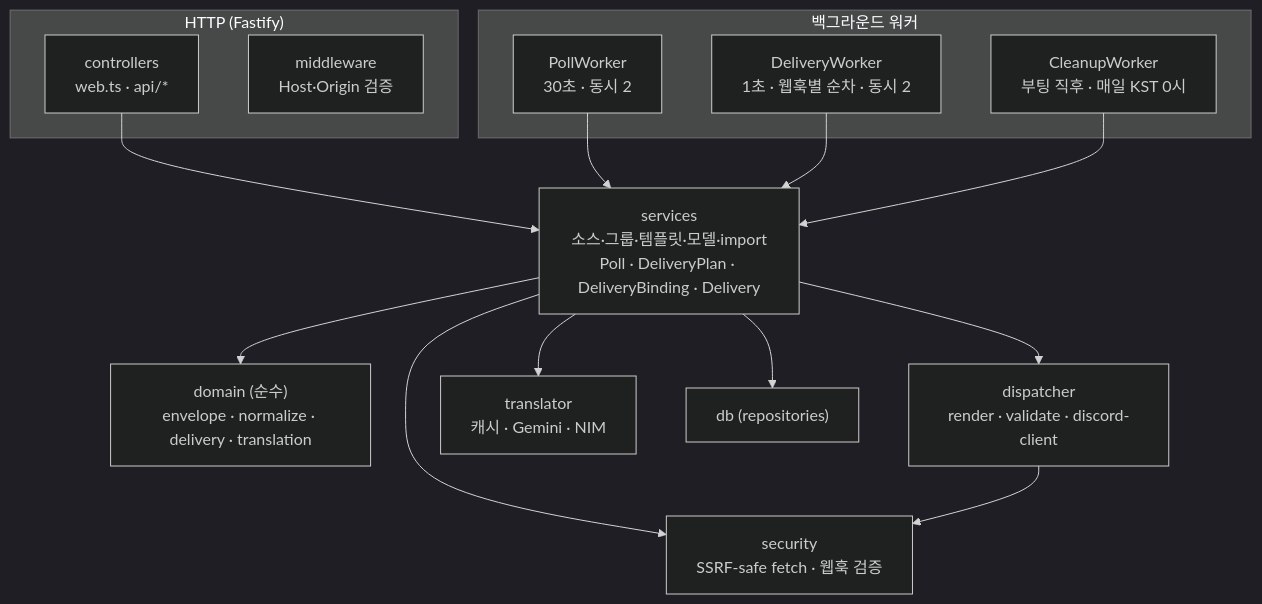
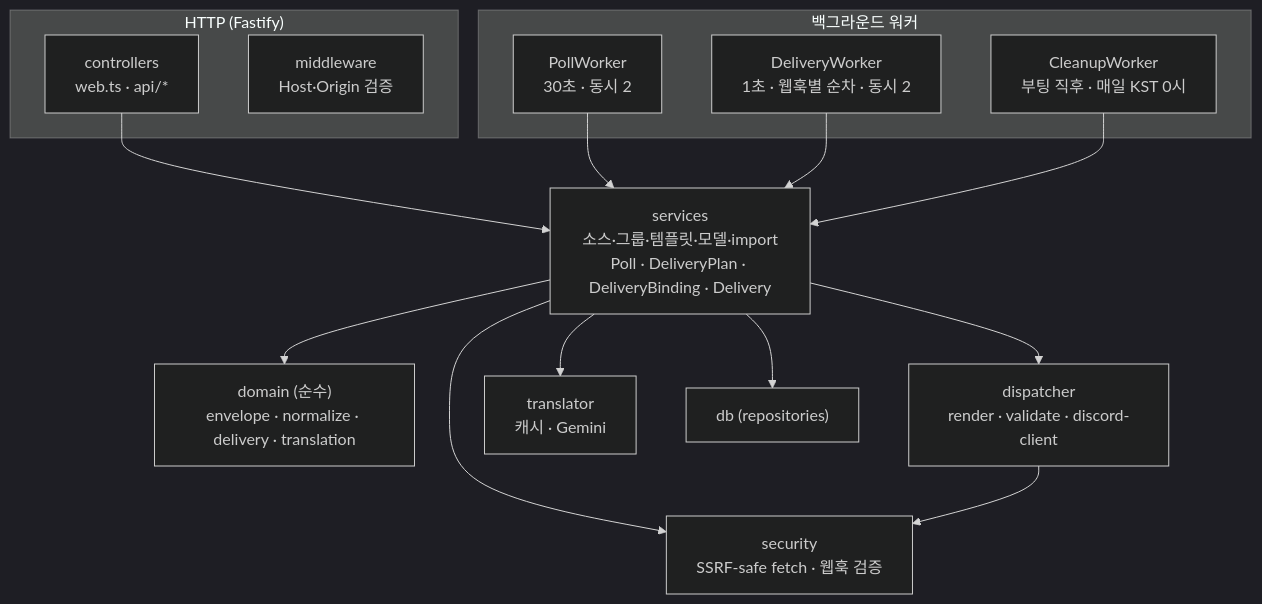
Before and after one commit to Genticca/Private-RSS-Delivery: the second of 10 diagrams in Docs/architecture.md, drawn with Mermaid (dark theme). The commit also changed other lines of this file and 53 other files, not shown here.

````diff
--- a/Docs/architecture.md
+++ b/Docs/architecture.md
@@ -30,28 +30,28 @@
 ```mermaid
 flowchart TB
   subgraph HTTP["HTTP (Fastify)"]
     CTRL["controllers<br/>web.ts · api/*"]
     MW["middleware<br/>Host·Origin 검증"]
   end
   subgraph BG["백그라운드 워커"]
     PW["PollWorker<br/>30초 · 동시 2"]
     DW["DeliveryWorker<br/>1초 · 웹훅별 순차 · 동시 2"]
     CW["CleanupWorker<br/>부팅 직후 · 매일 KST 0시"]
   end
   SVC["services<br/>소스·그룹·템플릿·모델·import<br/>Poll · DeliveryPlan · DeliveryBinding · Delivery"]
   DOM["domain (순수)<br/>envelope · normalize · delivery · translation"]
   DSP["dispatcher<br/>render · validate · discord-client"]
-  TR["translator<br/>캐시 · Gemini · NIM"]
+  TR["translator<br/>캐시 · Gemini"]
   SEC["security<br/>SSRF-safe fetch · 웹훅 검증"]
   REPO["db (repositories)"]
   CTRL --> SVC
   PW --> SVC
   DW --> SVC
   CW --> SVC
   SVC --> DOM
   SVC --> DSP
   SVC --> TR
   SVC --> SEC
   SVC --> REPO
   DSP --> SEC
 ```
````
